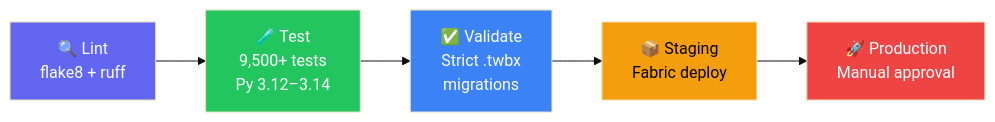
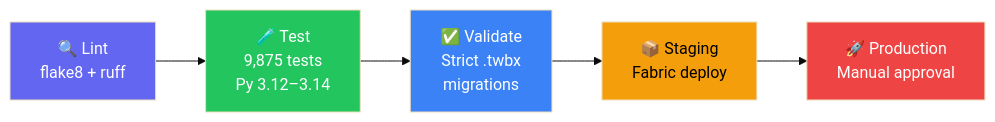
One commit to cyphou/TableauToPowerBI changed the fifth of 5 diagrams in README.md. Above: the diagram before and after it, drawn with Mermaid (base theme). The commit also changed other lines of this file and 9 other files, not shown here.

````diff
--- a/README.md
+++ b/README.md
@@ -903,13 +903,13 @@
 ```mermaid
 flowchart LR
-    L["🔍 Lint\nflake8 + ruff"] --> T["🧪 Test\n9,500+ tests\nPy 3.12–3.14"]
+    L["🔍 Lint\nflake8 + ruff"] --> T["🧪 Test\n9,875 tests\nPy 3.12–3.14"]
     T --> V["✅ Validate\nStrict .twbx\nmigrations"]
     V --> S["📦 Staging\nFabric deploy"]
     S --> P["🚀 Production\nManual approval"]
     
     style L fill:#6366f1,color:#fff
     style T fill:#22c55e,color:#fff
     style V fill:#3b82f6,color:#fff
     style S fill:#f59e0b,color:#000
     style P fill:#ef4444,color:#fff
 ```
````
